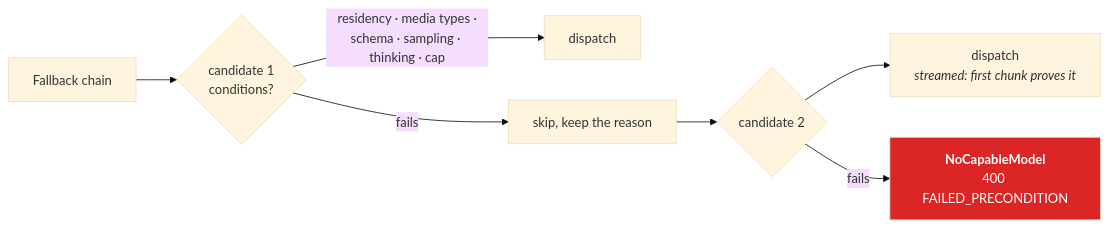
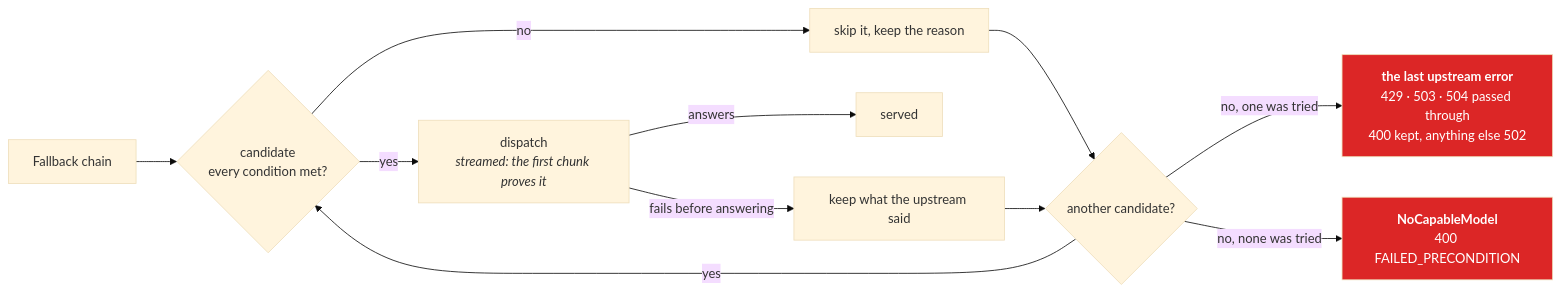
One commit to InigoImago/AIRA-Gateway changed the fourth of 6 diagrams in docs/REQUEST-LIFECYCLE.md. Above: the diagram before and after it, drawn with Mermaid (base theme). The commit also changed other lines of this file and 179 other files, not shown here.

````diff
--- a/docs/REQUEST-LIFECYCLE.md
+++ b/docs/REQUEST-LIFECYCLE.md
@@ -314,11 +397,16 @@
 ```mermaid
 graph LR
-    chain["Fallback chain"] --> c1{"candidate 1<br/>conditions?"}
-    c1 -->|"residency · media types ·<br/>schema · sampling · thinking · cap"| ok1["dispatch"]
-    c1 -->|"fails"| skip1["skip, keep the reason"]
-    skip1 --> c2{"candidate 2"}
-    c2 --> ok2["dispatch<br/><i>streamed: first chunk proves it</i>"]
-    c2 -->|"fails"| none["<b>NoCapableModel</b><br/>400 FAILED_PRECONDITION"]
+    chain["Fallback chain"] --> c1{"candidate<br/>every condition met?"}
+    c1 -->|"yes"| tried["dispatch<br/><i>streamed: the first chunk proves it</i>"]
+    c1 -->|"no"| skipped["skip it, keep the reason"]
+    tried -->|"answers"| served["served"]
+    tried -->|"fails before answering"| failed["keep what the upstream said"]
+    skipped --> more{"another candidate?"}
+    failed --> more
+    more -->|"yes"| c1
+    more -->|"no, one was tried"| lasterror["<b>the last upstream error</b><br/>429 · 503 · 504 passed through<br/>400 kept, anything else 502"]
+    more -->|"no, none was tried"| nocap["<b>NoCapableModel</b><br/>400 FAILED_PRECONDITION"]
 
-    style none fill:#dc2626,color:#fff
+    style lasterror fill:#dc2626,color:#fff
+    style nocap fill:#dc2626,color:#fff
 ```
````
